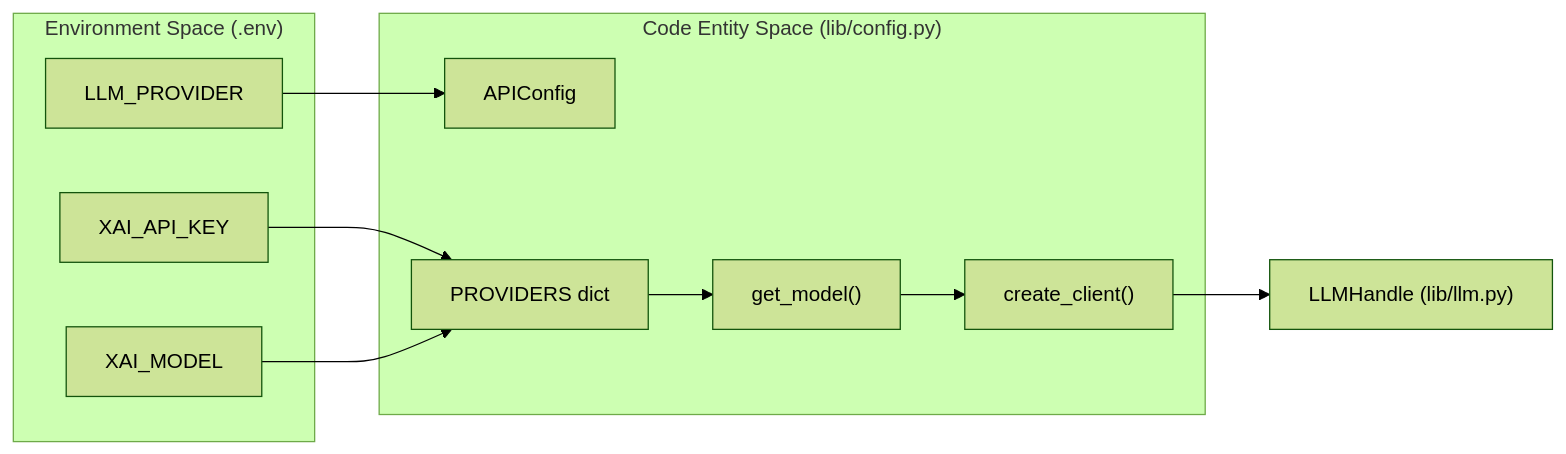
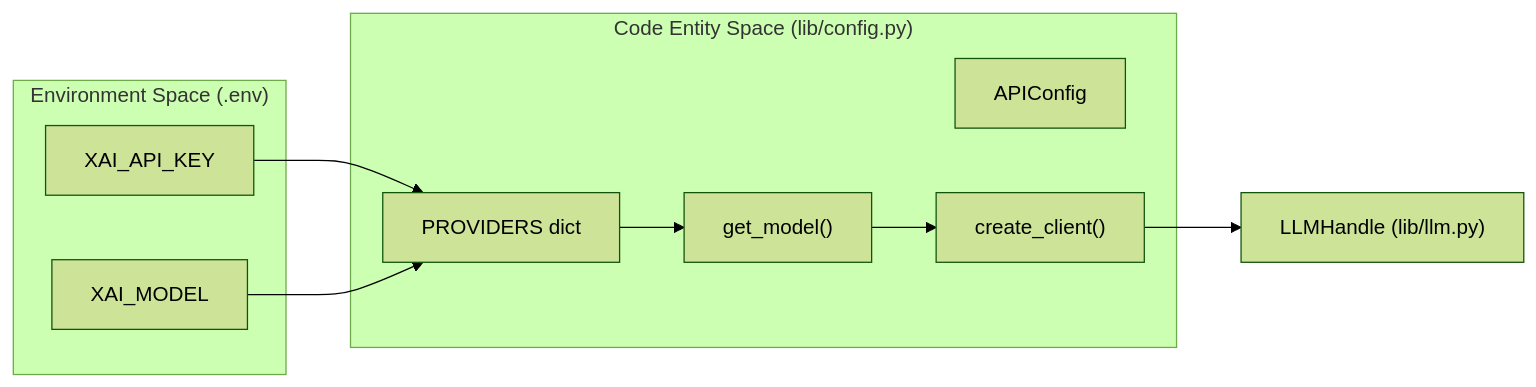
One commit to Cody-W-Tucker/Cognitive-Assistant changed the second of 2 diagrams in docs/LLM-Integration-Layer.md. Above: the diagram before and after it, drawn with Mermaid (forest theme). The commit also changed other lines of this file and 14 other files, not shown here.

````diff
--- a/docs/LLM-Integration-Layer.md
+++ b/docs/LLM-Integration-Layer.md
@@ -79,21 +79,19 @@
 ```mermaid
 flowchart LR
     HANDLE["LLMHandle (lib/llm.py)"]
     subgraph subGraph1 ["Code Entity Space (lib/config.py)"]
         AC["APIConfig"]
         PROVIDERS["PROVIDERS dict"]
         GM["get_model()"]
         GC["create_client()"]
     end
     subgraph subGraph0 ["Environment Space (.env)"]
-        ENV_PROV["LLM_PROVIDER"]
         ENV_KEY["XAI_API_KEY"]
         ENV_MODEL["XAI_MODEL"]
     end
-    ENV_PROV --> AC
     ENV_KEY --> PROVIDERS
     ENV_MODEL --> PROVIDERS
     PROVIDERS --> GM
     GM --> GC
     GC --> HANDLE
 ```
````
